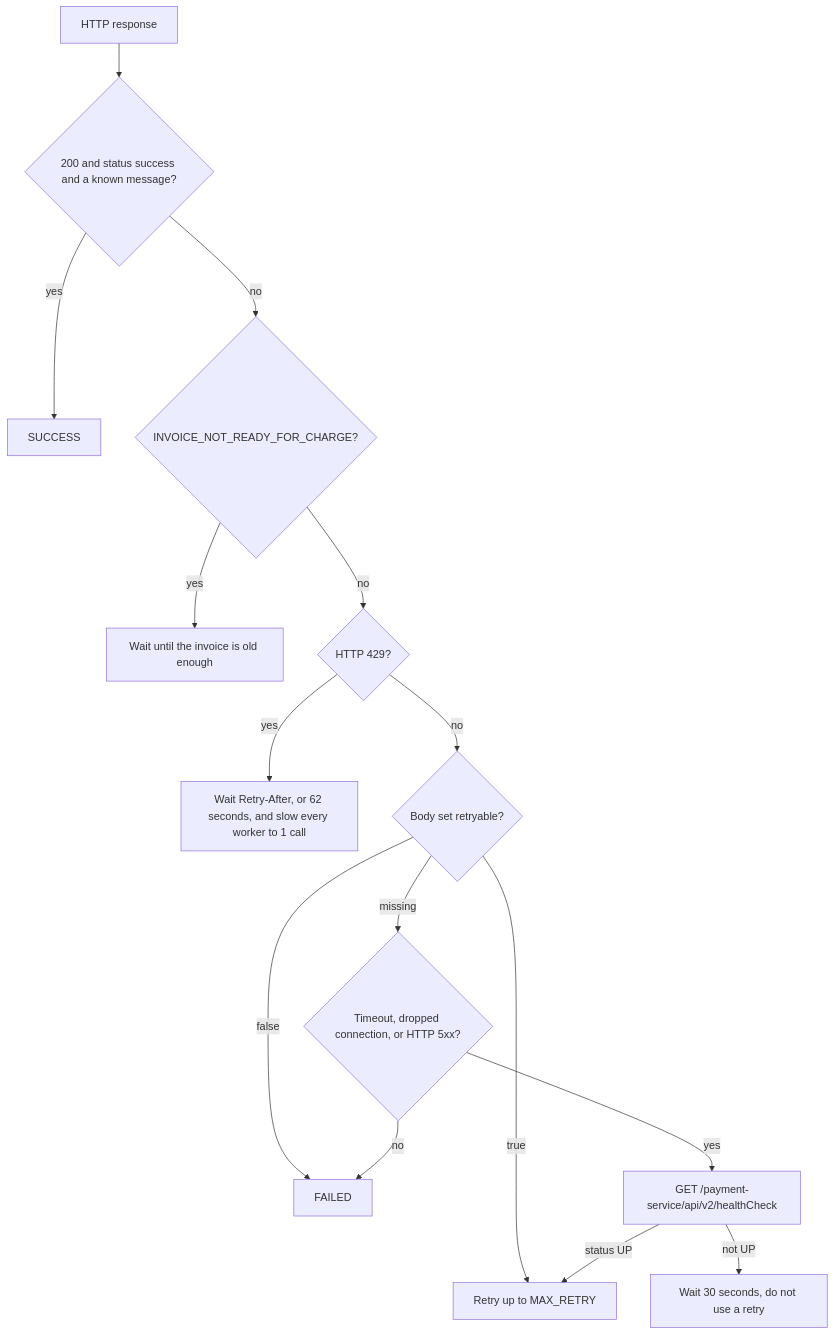
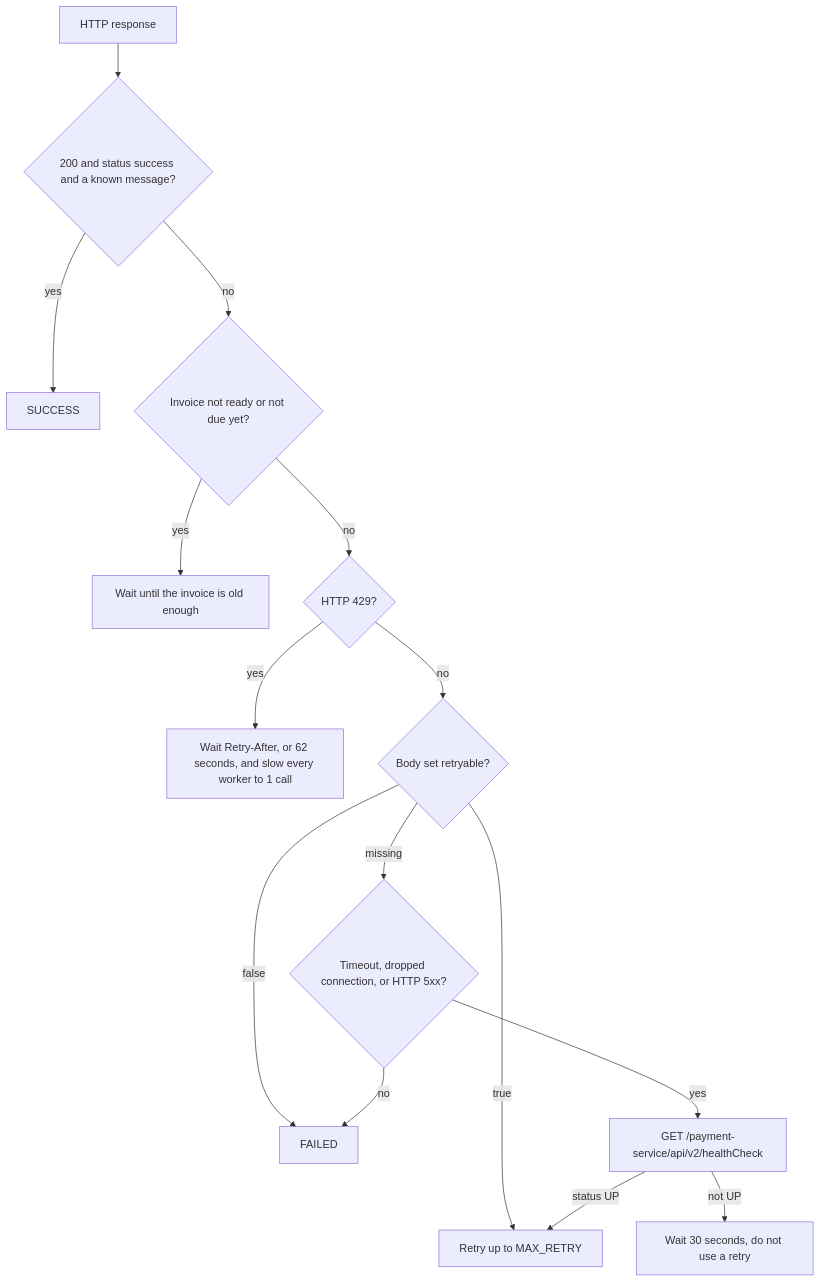
Before and after one commit to akshaykanherkarzype/enach-automation: the fourth of 7 diagrams in README.md, drawn with Mermaid. The commit also changed other lines of this file and 29 other files, not shown here.

````diff
--- a/README.md
+++ b/README.md
@@ -184,17 +190,17 @@
 ```mermaid
 flowchart TD
   resp[HTTP response] --> ok{200 and status success and a known message?}
   ok -->|yes| success[SUCCESS]
-  ok -->|no| young{INVOICE_NOT_READY_FOR_CHARGE?}
+  ok -->|no| young{Invoice not ready or not due yet?}
   young -->|yes| age[Wait until the invoice is old enough]
   young -->|no| limited{HTTP 429?}
   limited -->|yes| rate[Wait Retry-After, or 62 seconds, and slow every worker to 1 call]
   limited -->|no| flagged{Body set retryable?}
   flagged -->|true| counted[Retry up to MAX_RETRY]
   flagged -->|false| dead[FAILED]
   flagged -->|missing| probe{Timeout, dropped connection, or HTTP 5xx?}
   probe -->|yes| health[GET /payment-service/api/v2/healthCheck]
   probe -->|no| dead
   health -->|status UP| counted
   health -->|not UP| down[Wait 30 seconds, do not use a retry]
 ```
````
